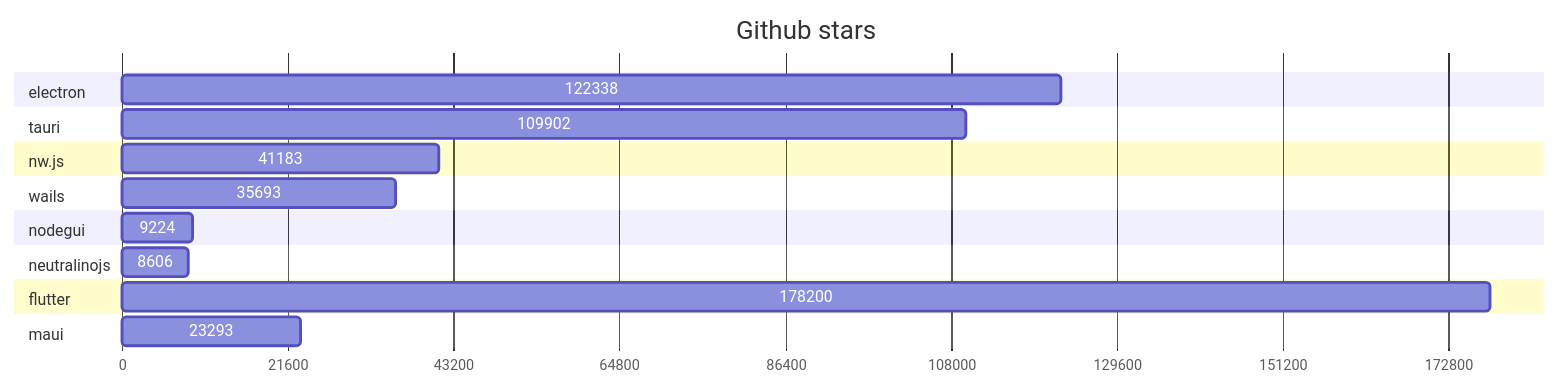
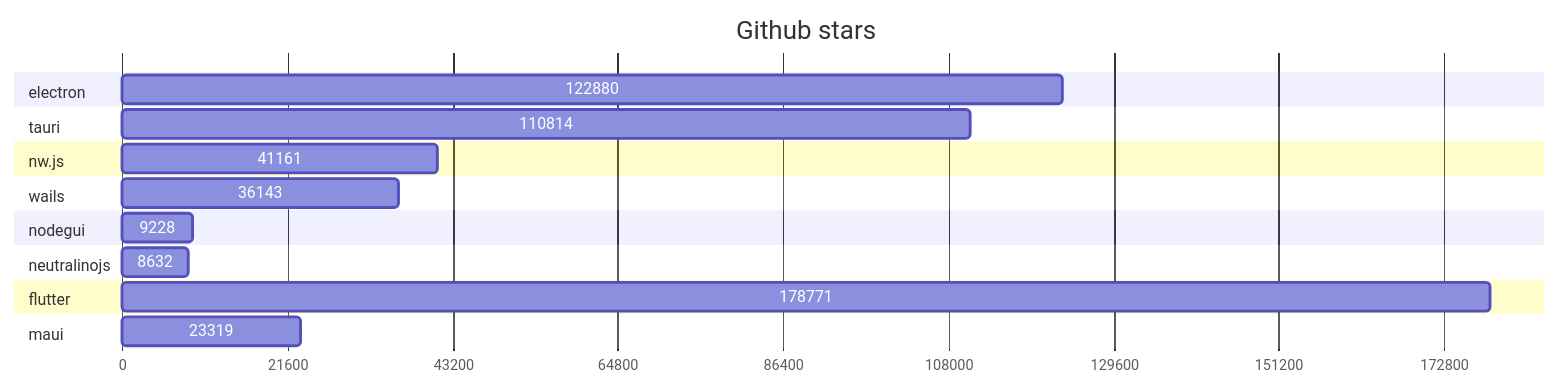
Before and after one commit to Elanis/web-to-desktop-framework-comparison: the first of 2 diagrams in GRAPHS.md, drawn with Mermaid. The commit also changed other lines of this file and 2 other files, not shown here.

Commit message:
Update stars & Fork

````diff
--- a/GRAPHS.md
+++ b/GRAPHS.md
@@ -5,40 +5,40 @@
 ```mermaid
 gantt
     title Github stars
     dateFormat  X
     axisFormat %s
 
 
 	section electron
-	122338 : 0, 122338
+	122880 : 0, 122880
 
 	
 	section tauri
-	109902 : 0, 109902
+	110814 : 0, 110814
 
 	
 	section nw.js
-	41183 : 0, 41183
+	41161 : 0, 41161
 
 	
 	section wails
-	35693 : 0, 35693
+	36143 : 0, 36143
 
 	
 	section nodegui
-	9224 : 0, 9224
+	9228 : 0, 9228
 
 	
 	section neutralinojs
-	8606 : 0, 8606
+	8632 : 0, 8632
 
 	
 	section flutter
-	178200 : 0, 178200
+	178771 : 0, 178771
 
 	
 	section maui
-	23293 : 0, 23293
+	23319 : 0, 23319
 
 	
 ```
````
